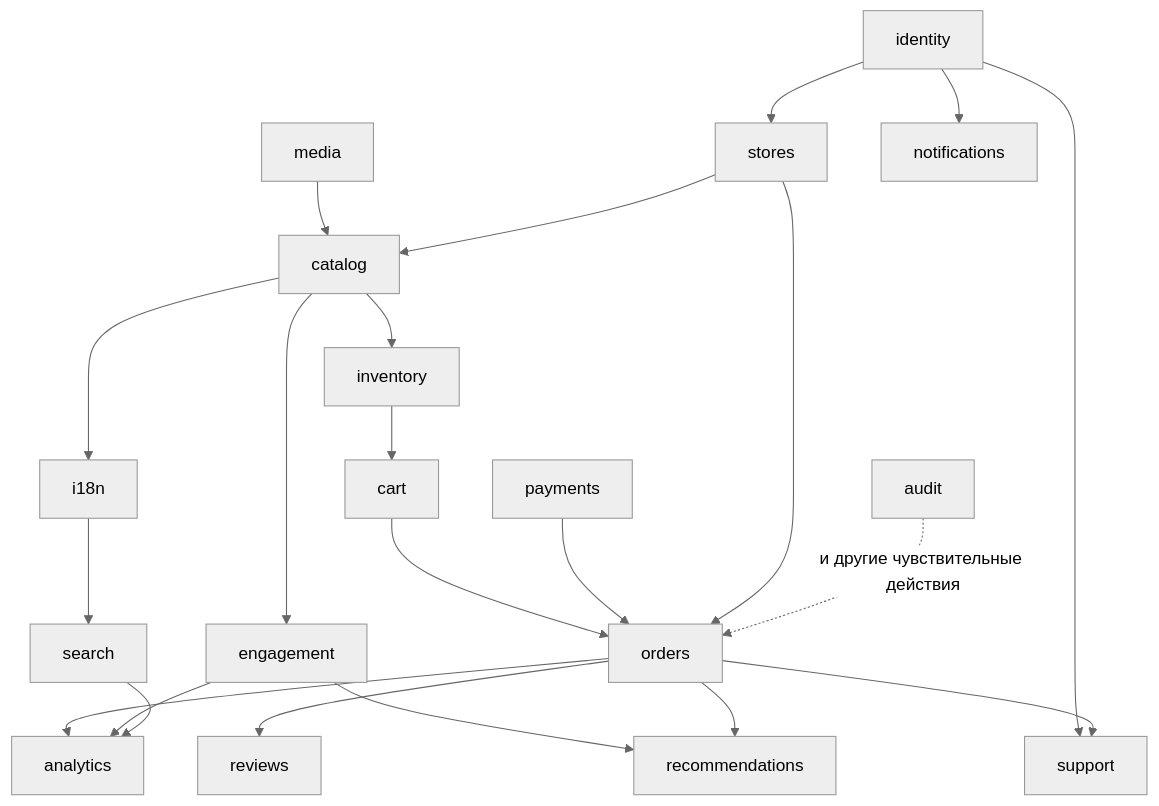
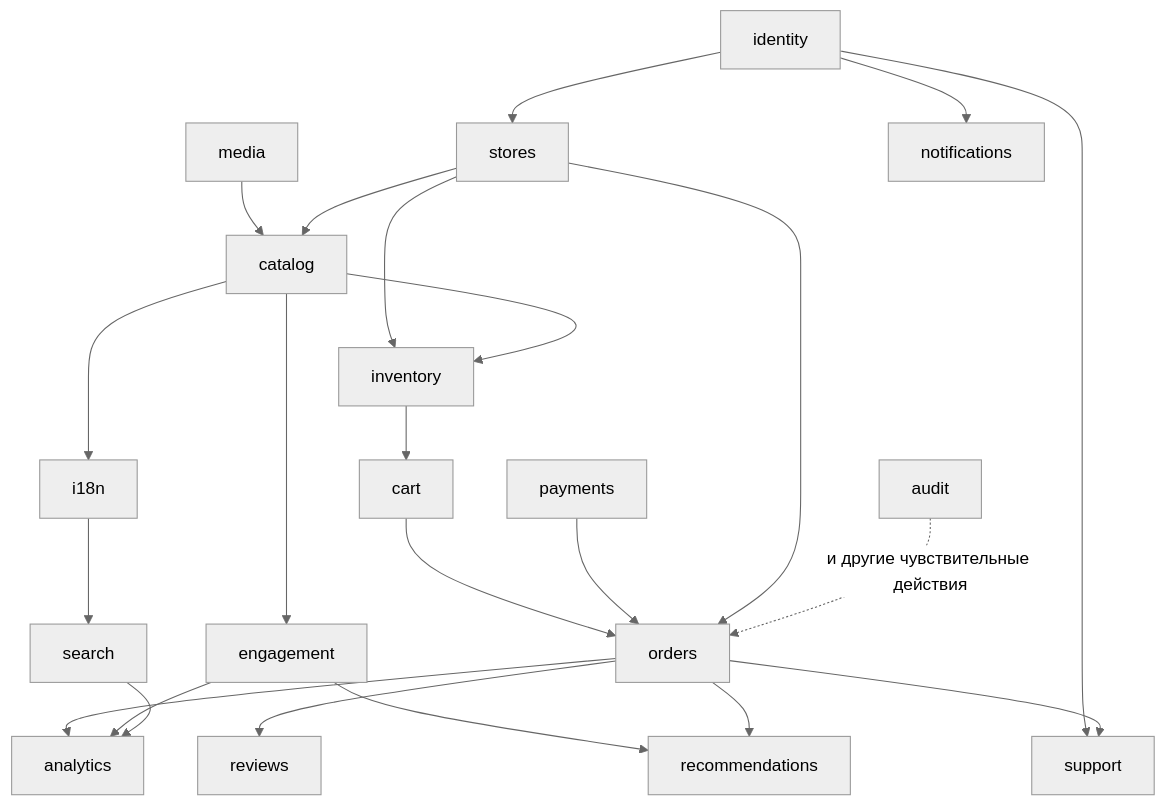
Before and after one commit to AbdulbosidCoder/Sanad: the second of 2 diagrams in docs/architecture/11-how-it-works.md, drawn with Mermaid (neutral theme). The commit also changed other lines of this file and 43 other files, not shown here.

First line of the commit message:
feat(backend): stores, catalog and inventory modules + demo data (roadmap stage 2)

````diff
--- a/docs/architecture/11-how-it-works.md
+++ b/docs/architecture/11-how-it-works.md
@@ -46,20 +46,21 @@
 ```mermaid
 flowchart TB
     identity --> stores
     media --> catalog
     stores --> catalog
+    stores --> inventory
     catalog --> i18n --> search
     catalog --> inventory --> cart --> orders
     payments --> orders
     stores --> orders
     orders --> reviews
     catalog --> engagement --> recommendations
     orders --> recommendations
     orders --> analytics
     engagement --> analytics
     search --> analytics
     identity --> support
     orders --> support
     identity --> notifications
     audit -.->|"и другие чувствительные действия"| orders
 ```
````
